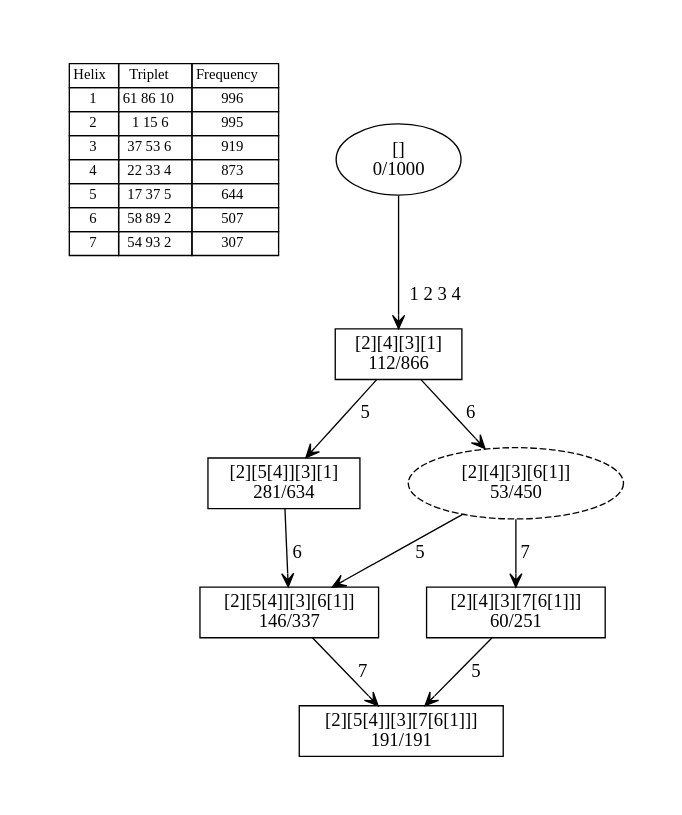
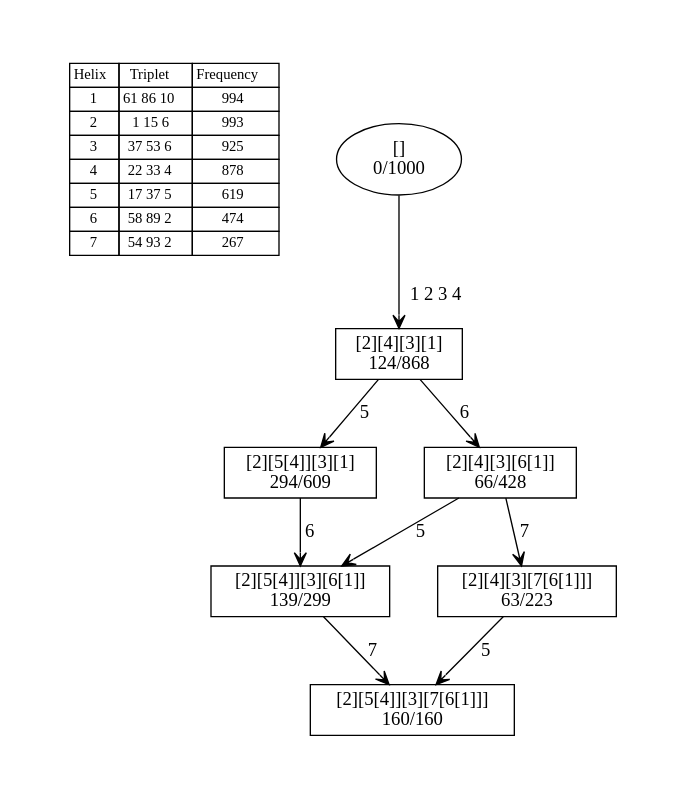
Before and after one commit to Roentgeni/prediction: the diagram in profile.dot, drawn with Graphviz. The commit also changed 130 other files, not shown here.

```diff
--- a/profile.dot
+++ b/profile.dot
@@ -1,34 +1,34 @@
 digraph G {
 	pad = 0.5;
 	nodesep = 0.5;
 "legend" [label = < <table border="0" cellborder="1" cellspacing="0"><tr><td>Helix</td><td>Triplet</td><td>Frequency</td></tr>
-<tr><td>1</td><td>61 86 10</td><td>996</td></tr>
-<tr><td>2</td><td>1 15 6</td><td>995</td></tr>
-<tr><td>3</td><td>37 53 6</td><td>919</td></tr>
-<tr><td>4</td><td>22 33 4</td><td>873</td></tr>
-<tr><td>5</td><td>17 37 5</td><td>644</td></tr>
-<tr><td>6</td><td>58 89 2</td><td>507</td></tr>
-<tr><td>7</td><td>54 93 2</td><td>307</td></tr>
+<tr><td>1</td><td>61 86 10</td><td>994</td></tr>
+<tr><td>2</td><td>1 15 6</td><td>993</td></tr>
+<tr><td>3</td><td>37 53 6</td><td>925</td></tr>
+<tr><td>4</td><td>22 33 4</td><td>878</td></tr>
+<tr><td>5</td><td>17 37 5</td><td>619</td></tr>
+<tr><td>6</td><td>58 89 2</td><td>474</td></tr>
+<tr><td>7</td><td>54 93 2</td><td>267</td></tr>
 </table>>, shape = plaintext, fontsize=11];
 "1 2 3 4 5 " [shape = box];
 "1 2 3 4 5 6 7 " [shape = box];
 "1 2 3 4 5 6 " [shape = box];
 "1 2 3 4 " [shape = box];
+"1 2 3 4 6 " [shape = box];
 "1 2 3 4 6 7 " [shape = box];
-"1 2 3 4 6 " [style = dashed];
-"1 2 3 4 5 " [label = "[2][5[4]][3][1]\n281/634"];
-"1 2 3 4 5 6 7 " [label = "[2][5[4]][3][7[6[1]]]\n191/191"];
-"1 2 3 4 5 6 " [label = "[2][5[4]][3][6[1]]\n146/337"];
-"1 2 3 4 " [label = "[2][4][3][1]\n112/866"];
-"1 2 3 4 6 7 " [label = "[2][4][3][7[6[1]]]\n60/251"];
-"1 2 3 4 6 " [label = "[2][4][3][6[1]]\n53/450"];
+"1 2 3 4 5 " [label = "[2][5[4]][3][1]\n294/609"];
+"1 2 3 4 5 6 7 " [label = "[2][5[4]][3][7[6[1]]]\n160/160"];
+"1 2 3 4 5 6 " [label = "[2][5[4]][3][6[1]]\n139/299"];
+"1 2 3 4 " [label = "[2][4][3][1]\n124/868"];
+"1 2 3 4 6 " [label = "[2][4][3][6[1]]\n66/428"];
+"1 2 3 4 6 7 " [label = "[2][4][3][7[6[1]]]\n63/223"];
 "" [label = "[]\n0/1000"];
 "1 2 3 4 5 " -> "1 2 3 4 5 6 " [label = "6 ", arrowhead = vee];
 "1 2 3 4 5 6 " -> "1 2 3 4 5 6 7 " [label = "7 ", arrowhead = vee];
 "1 2 3 4 " -> "1 2 3 4 5 " [label = "5 ", arrowhead = vee];
 "1 2 3 4 " -> "1 2 3 4 6 " [label = "6 ", arrowhead = vee];
-"1 2 3 4 6 7 " -> "1 2 3 4 5 6 7 " [label = "5 ", arrowhead = vee];
 "1 2 3 4 6 " -> "1 2 3 4 5 6 " [label = "5 ", arrowhead = vee];
 "1 2 3 4 6 " -> "1 2 3 4 6 7 " [label = "7 ", arrowhead = vee];
+"1 2 3 4 6 7 " -> "1 2 3 4 5 6 7 " [label = "5 ", arrowhead = vee];
 "" -> "1 2 3 4 " [label = "1 2 3 4 ", arrowhead = vee];
 }
```
